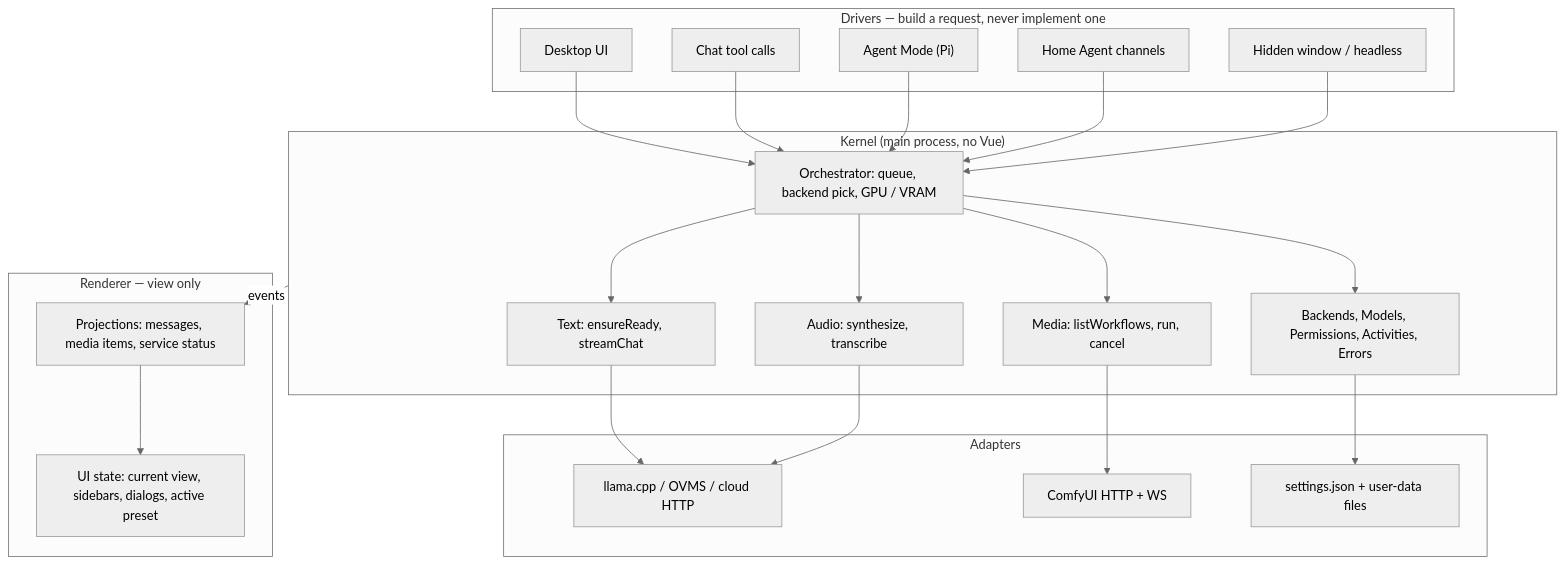
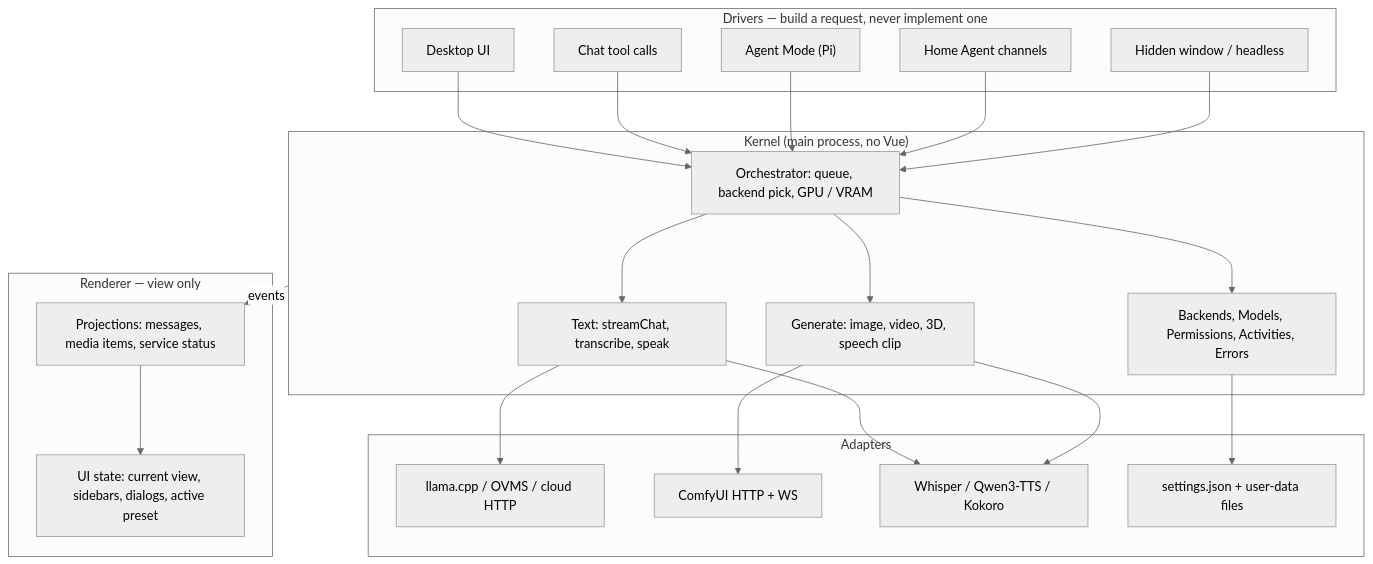
Before and after one commit to TNG/AI-Playground: the second of 6 diagrams in docs/architecture-target.md, drawn with Mermaid (neutral theme). The commit also changed other lines of this file and 1 other file, not shown here.

First line of the commit message:
docs: split speech I/O from generate — folders follow role, not MIME type

````diff
--- a/docs/architecture-target.md
+++ b/docs/architecture-target.md
@@ -113,48 +113,48 @@
 ```mermaid
 flowchart TD
   subgraph drivers["Drivers — build a request, never implement one"]
     ui["Desktop UI"]
     chatTools["Chat tool calls"]
     agent["Agent Mode (Pi)"]
     ha["Home Agent channels"]
     hidden["Hidden window / headless"]
   end
 
   subgraph kernel["Kernel (main process, no Vue)"]
     orch["Orchestrator: queue, backend pick, GPU / VRAM"]
-    text["Text: ensureReady, streamChat"]
-    mediaCap["Media: listWorkflows, run, cancel"]
-    audioCap["Audio: synthesize, transcribe"]
+    text["Text: streamChat, transcribe, speak"]
+    mediaCap["Generate: image, video, 3D, speech clip"]
     support["Backends, Models, Permissions, Activities, Errors"]
   end
 
   subgraph adapters["Adapters"]
     inference["llama.cpp / OVMS / cloud HTTP"]
     comfy["ComfyUI HTTP + WS"]
+    speech["Whisper / Qwen3-TTS / Kokoro"]
     store["settings.json + user-data files"]
   end
 
   subgraph view["Renderer — view only"]
     projection["Projections: messages, media items, service status"]
     uiState2["UI state: current view, sidebars, dialogs, active preset"]
   end
 
   ui --> orch
   chatTools --> orch
   agent --> orch
   ha --> orch
   hidden --> orch
 
   orch --> text
   orch --> mediaCap
-  orch --> audioCap
   orch --> support
 
   text --> inference
+  text --> speech
   mediaCap --> comfy
-  audioCap --> inference
+  mediaCap --> speech
   support --> store
 
   kernel -->|"events"| projection
   projection --> uiState2
 ```
````
